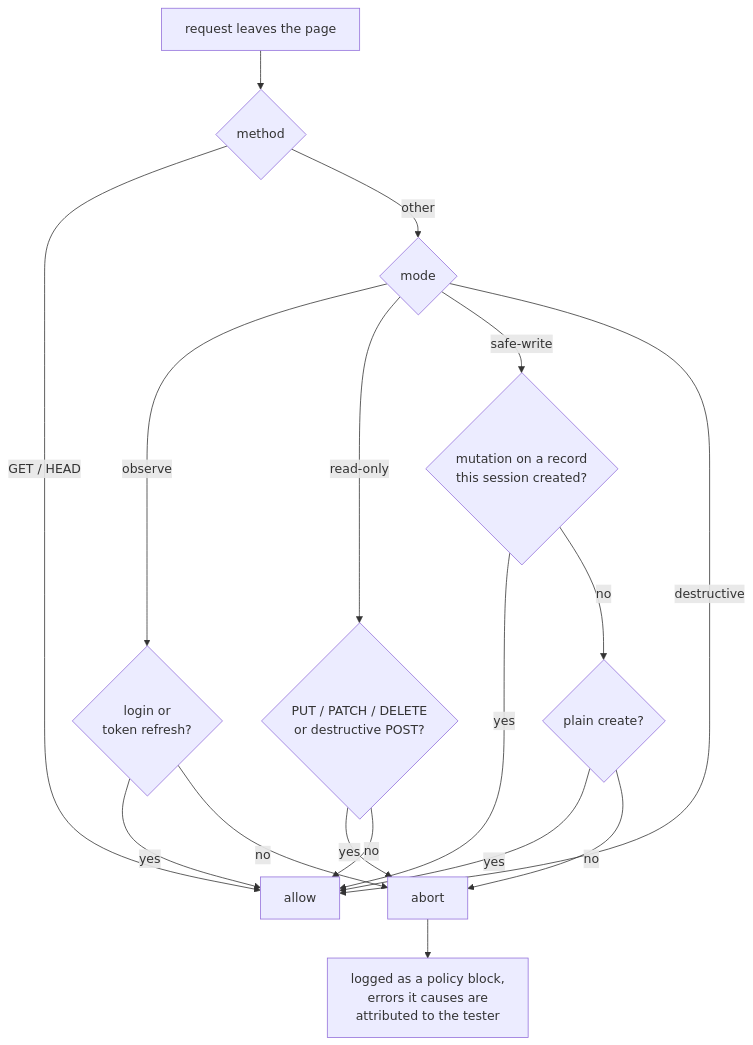
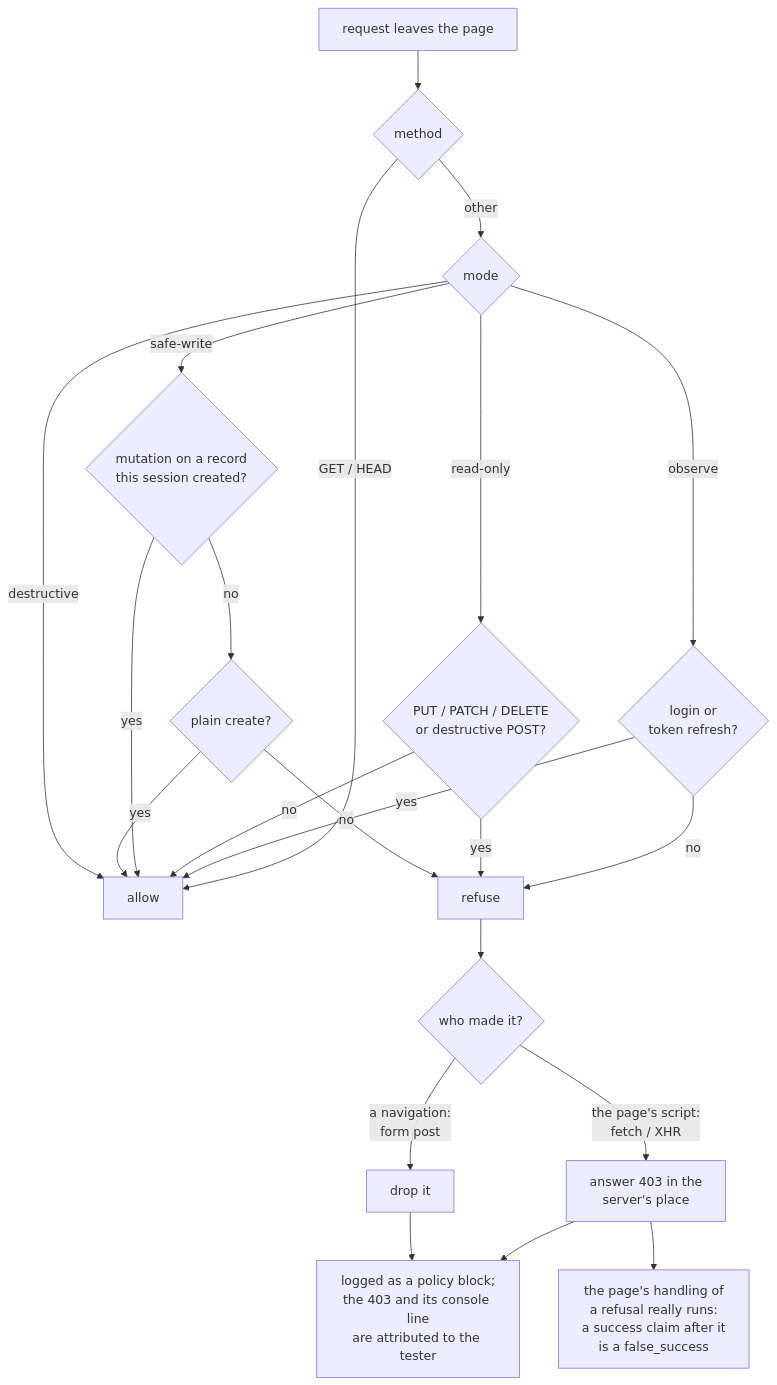
The fourth of 9 diagrams in docs/how-it-works.md (brunoboto96/SceneScout), drawn with Mermaid before and after one commit. The commit also changed other lines of this file and 3 other files, not shown here.

````diff
--- a/docs/how-it-works.md
+++ b/docs/how-it-works.md
@@ -111,19 +111,24 @@
 ```mermaid
 flowchart TD
     A[request leaves the page] --> B{method}
     B -->|GET / HEAD| P[allow]
     B -->|other| C{mode}
     C -->|observe| D{login or<br/>token refresh?}
     D -->|yes| P
-    D -->|no| X[abort]
+    D -->|no| X[refuse]
     C -->|read-only| E{PUT / PATCH / DELETE<br/>or destructive POST?}
     E -->|yes| X
     E -->|no| P
     C -->|safe-write| F{mutation on a record<br/>this session created?}
     F -->|yes| P
     F -->|no| G{plain create?}
     G -->|yes| P
     G -->|no| X
     C -->|destructive| P
-    X --> Y[logged as a policy block,<br/>errors it causes are<br/>attributed to the tester]
+    X --> R{who made it?}
+    R -->|the page's script:<br/>fetch / XHR| S[answer 403 in the<br/>server's place]
+    R -->|a navigation:<br/>form post| T[drop it]
+    S --> Y[logged as a policy block;<br/>the 403 and its console line<br/>are attributed to the tester]
+    T --> Y
+    S --> Z[the page's handling of<br/>a refusal really runs:<br/>a success claim after it<br/>is a false_success]
 ```
````
